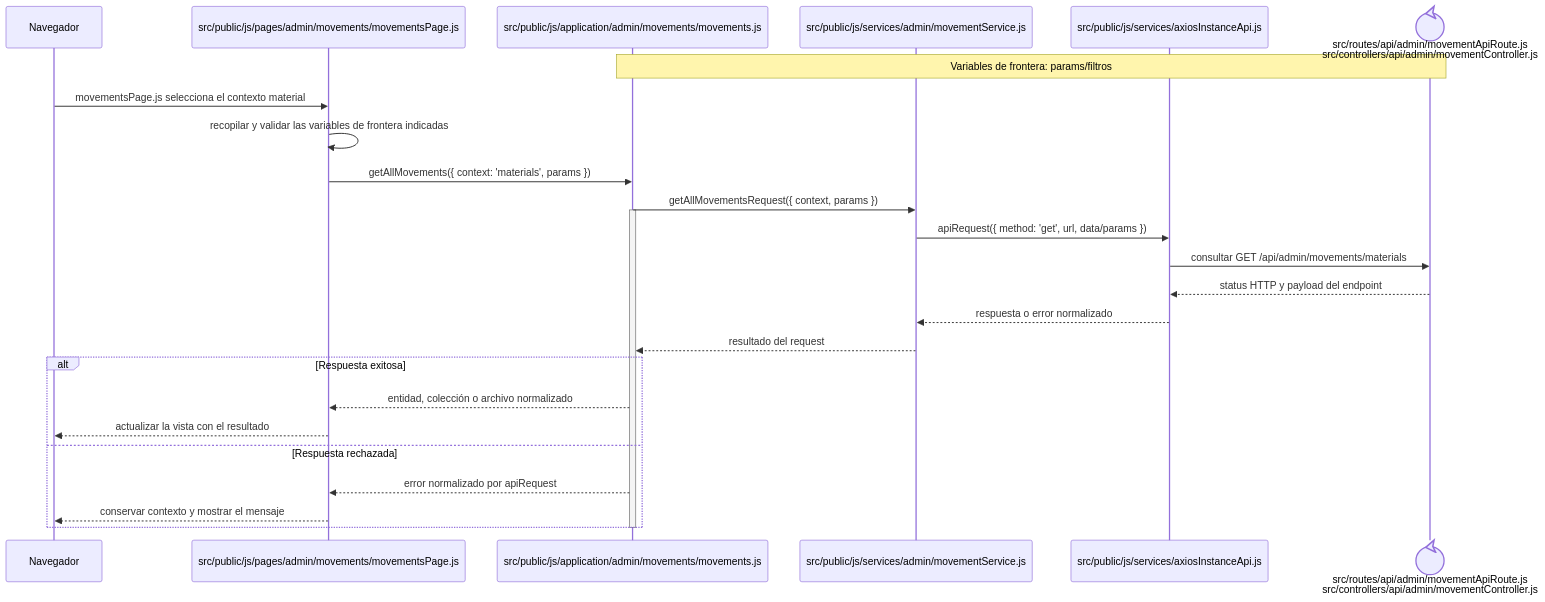
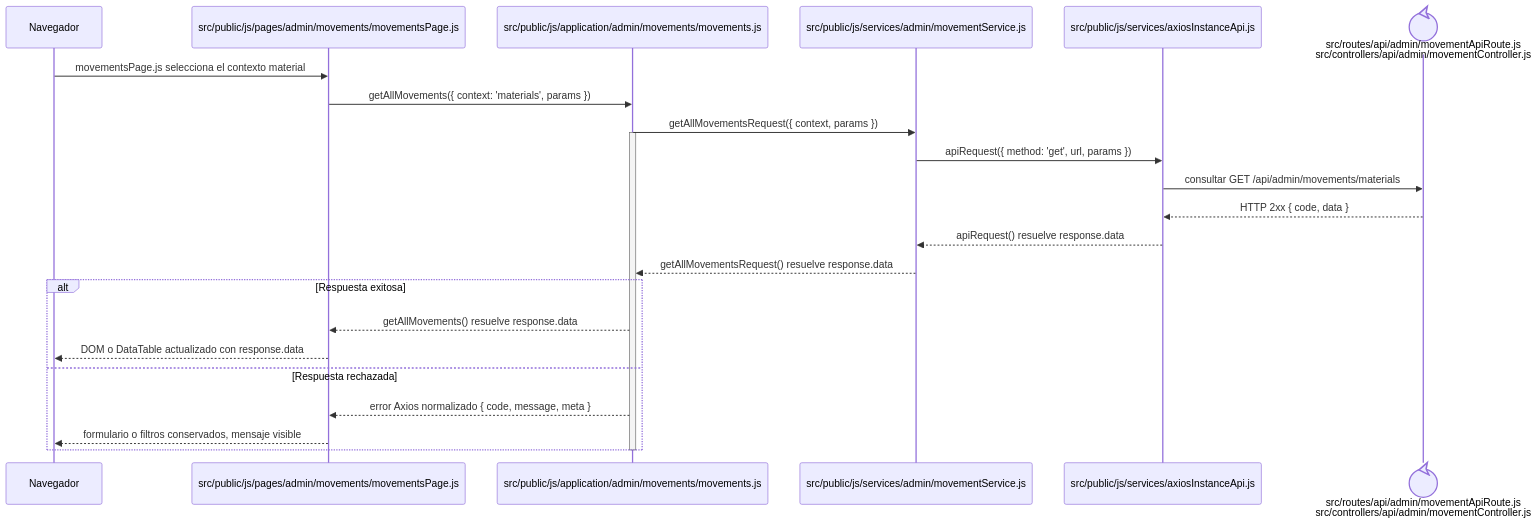
The diagram in docs/architecture/frontend-code-sequences/catalogs/cu-alm-07.md (gpgsistemas01/nexus), drawn with Mermaid before and after one commit. The commit also changed 148 other files, not shown here.

````diff
--- a/docs/architecture/frontend-code-sequences/catalogs/cu-alm-07.md
+++ b/docs/architecture/frontend-code-sequences/catalogs/cu-alm-07.md
@@ -6,29 +6,27 @@
 ```mermaid
 sequenceDiagram
     participant Browser as Navegador
     participant View as src/public/js/pages/admin/movements/movementsPage.js
     participant Application as src/public/js/application/admin/movements/movements.js
     participant Request as src/public/js/services/admin/movementService.js
     participant HTTP as src/public/js/services/axiosInstanceApi.js
     participant Transport@{ "type": "control" } as src/routes/api/admin/movementApiRoute.js<br/>src/controllers/api/admin/movementController.js
-    Note over Application,Transport: Variables de frontera: params/filtros
 
     Browser->>View: movementsPage.js selecciona el contexto material
-    View->>View: recopilar y validar las variables de frontera indicadas
     View->>Application: getAllMovements({ context: 'materials', params })
     Application->>Request: getAllMovementsRequest({ context, params })
     activate Application
-    Request->>HTTP: apiRequest({ method: 'get', url, data/params })
+    Request->>HTTP: apiRequest({ method: 'get', url, params })
     HTTP->>Transport: consultar GET /api/admin/movements/materials
-    Transport-->>HTTP: status HTTP y payload del endpoint
-    HTTP-->>Request: respuesta o error normalizado
-    Request-->>Application: resultado del request
+    Transport-->>HTTP: HTTP 2xx { code, data }
+    HTTP-->>Request: apiRequest() resuelve response.data
+    Request-->>Application: getAllMovementsRequest() resuelve response.data
     alt Respuesta exitosa
-        Application-->>View: entidad, colección o archivo normalizado
-        View-->>Browser: actualizar la vista con el resultado
+        Application-->>View: getAllMovements() resuelve response.data
+        View-->>Browser: DOM o DataTable actualizado con response.data
     else Respuesta rechazada
-        Application-->>View: error normalizado por apiRequest
-        View-->>Browser: conservar contexto y mostrar el mensaje
+        Application-->>View: error Axios normalizado { code, message, meta }
+        View-->>Browser: formulario o filtros conservados, mensaje visible
     end
     deactivate Application
 ```
````
